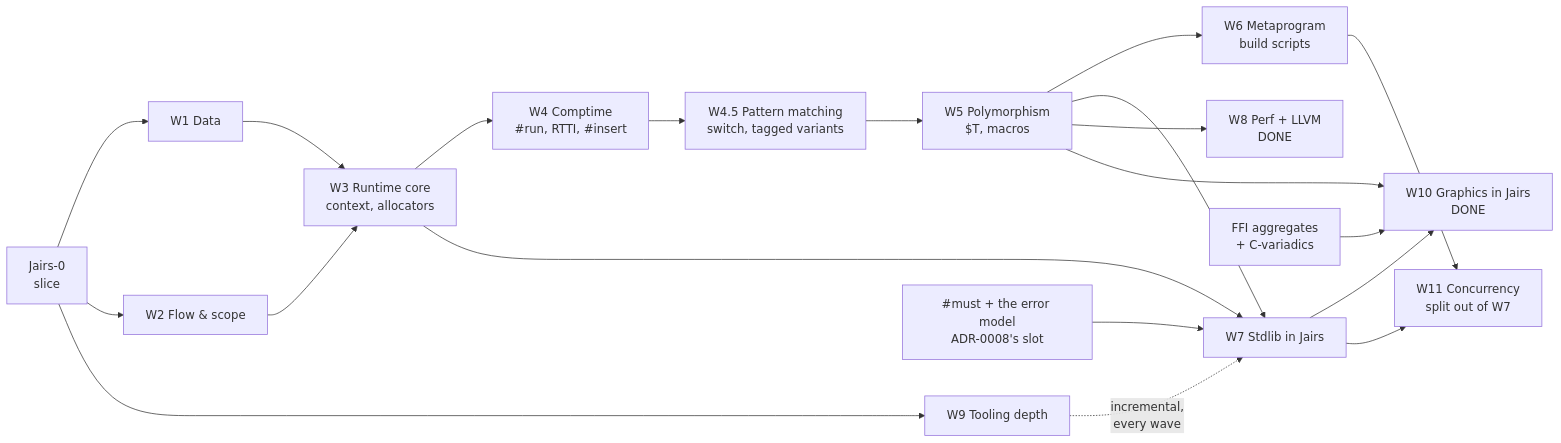
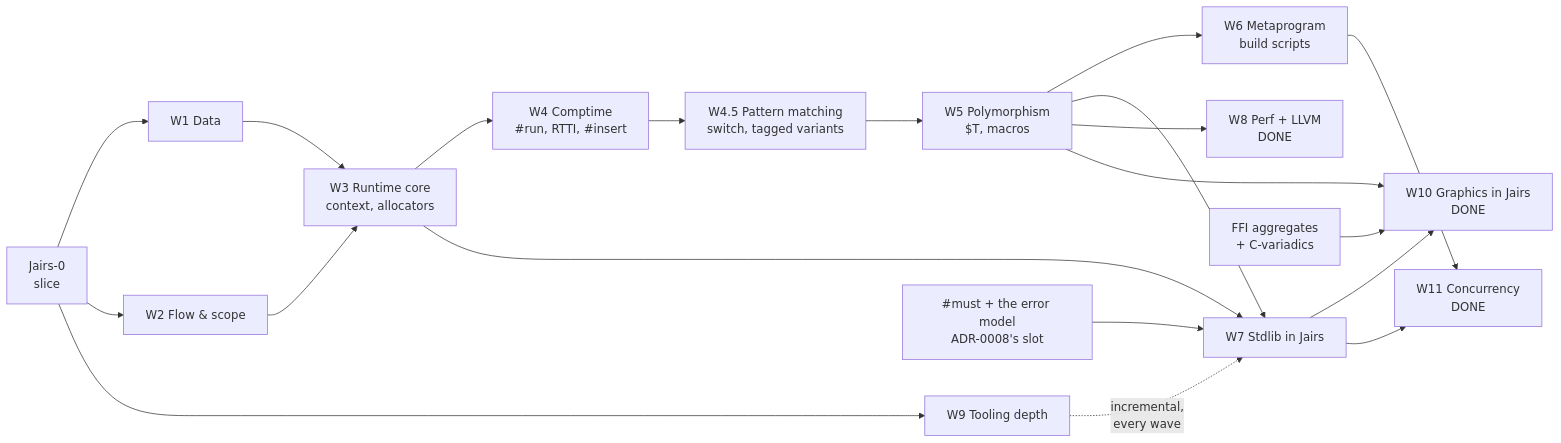
One commit to Daniel-Boll/jairs changed the second of 3 diagrams in PLAN.md. Above: the diagram before and after it, drawn with Mermaid. The commit also changed other lines of this file and 42 other files, not shown here.

````diff
--- a/PLAN.md
+++ b/PLAN.md
@@ -378,22 +378,22 @@
 ```mermaid
 flowchart LR
     S["Jairs-0<br/>slice"] --> W1["W1 Data"]
     S --> W2["W2 Flow & scope"]
     W1 --> W3["W3 Runtime core<br/>context, allocators"]
     W2 --> W3
     W3 --> W4["W4 Comptime<br/>#run, RTTI, #insert"]
     W4 --> W45["W4.5 Pattern matching<br/>switch, tagged variants"]
     W45 --> W5["W5 Polymorphism<br/>$T, macros"]
     W5 --> W6["W6 Metaprogram<br/>build scripts"]
     W3 --> W7["W7 Stdlib in Jairs"]
     W5 --> W7
     W5 --> W8["W8 Perf + LLVM<br/>DONE"]
     W7 --> W10["W10 Graphics in Jairs<br/>DONE"]
     W5 --> W10
     S --> W9["W9 Tooling depth"]
     W9 -.->|"incremental,<br/>every wave"| W7
     ERR["#must + the error model<br/>ADR-0008's slot"] --> W7
     FFI["FFI aggregates<br/>+ C-variadics"] --> W10
-    W6 --> W11["W11 Concurrency<br/>split out of W7"]
+    W6 --> W11["W11 Concurrency<br/>DONE"]
     W7 --> W11
 ```
````
